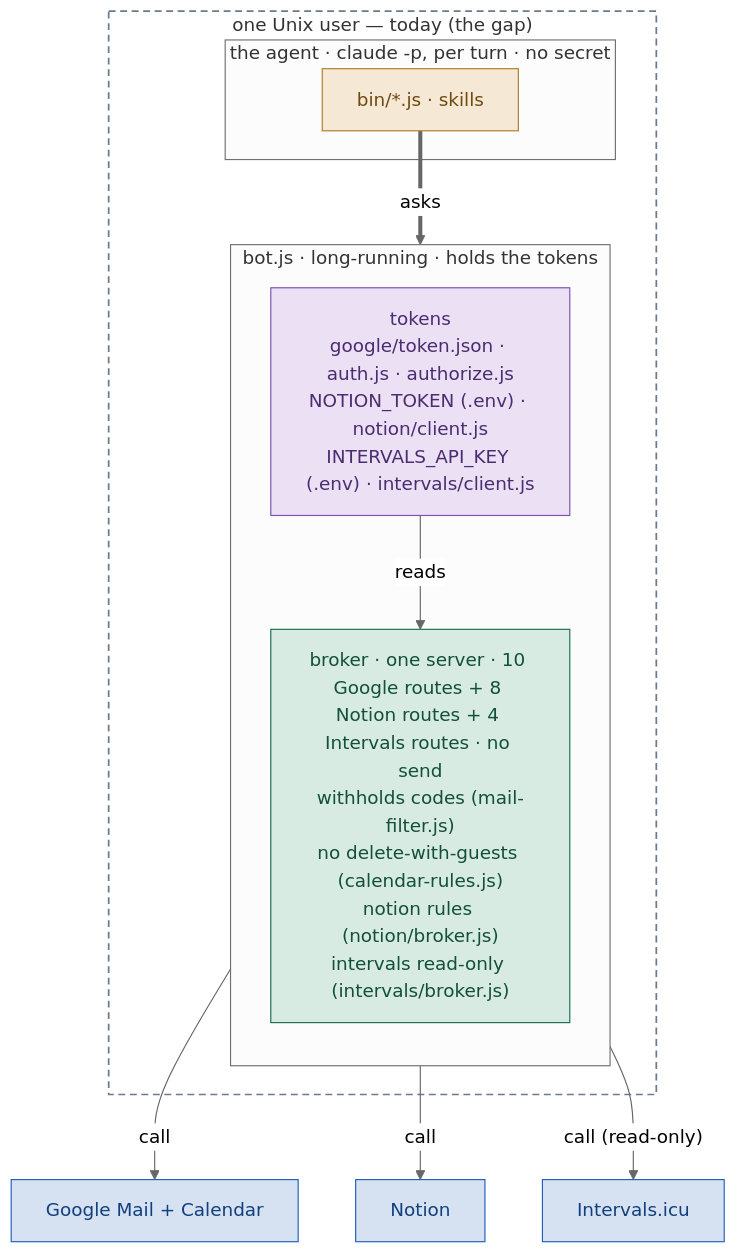
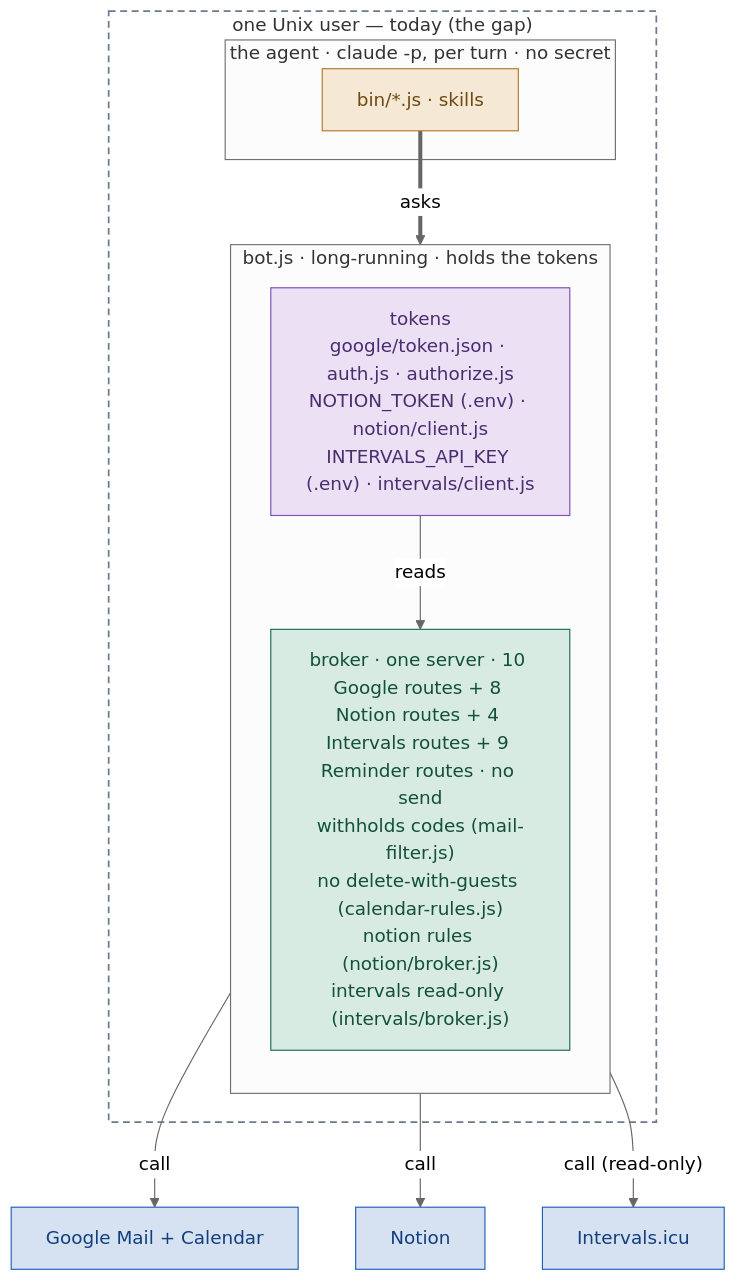
Before and after one commit to KubaJerz/alfred-node: the sixth of 8 diagrams in SYSTEM-MAP.md, drawn with Mermaid (neutral theme). The commit also changed other lines of this file and 33 other files, not shown here.

````diff
--- a/SYSTEM-MAP.md
+++ b/SYSTEM-MAP.md
@@ -503,28 +600,28 @@
 ```mermaid
 flowchart TD
     subgraph HOST["one Unix user — today (the gap)"]
         subgraph BOT["bot.js · long-running · holds the tokens"]
             direction TB
             TOK["tokens<br/>google/token.json · auth.js · authorize.js<br/>NOTION_TOKEN (.env) · notion/client.js<br/>INTERVALS_API_KEY (.env) · intervals/client.js"]
-            BR["broker · one server · 10 Google routes + 8 Notion routes + 4 Intervals routes · no send<br/>withholds codes (mail-filter.js)<br/>no delete-with-guests (calendar-rules.js)<br/>notion rules (notion/broker.js)<br/>intervals read-only (intervals/broker.js)"]
+            BR["broker · one server · 10 Google routes + 8 Notion routes + 4 Intervals routes + 9 Reminder routes · no send<br/>withholds codes (mail-filter.js)<br/>no delete-with-guests (calendar-rules.js)<br/>notion rules (notion/broker.js)<br/>intervals read-only (intervals/broker.js)"]
             TOK -->|"reads"| BR
         end
         subgraph AG["the agent · claude -p, per turn · no secret"]
             CLI["bin/*.js · skills"]
         end
         CLI ==>|"asks"| BR
     end
     BR -->|"call"| G["Google Mail + Calendar"]
     BR -->|"call"| N["Notion"]
     BR -->|"call (read-only)"| I["Intervals.icu"]
     classDef gateway fill:#d8ebe2,stroke:#1b6b52,color:#12503c
     classDef external fill:#d6e2f2,stroke:#1f5fb8,color:#123f7d
     classDef secret fill:#ece0f5,stroke:#7a4fb0,color:#4a2d70
     classDef agent fill:#f5e8d5,stroke:#b07a2a,color:#6e4a12
     classDef gapbox fill:none,stroke:#6b7a8c,stroke-width:1.5px,stroke-dasharray:6 4
     class BR gateway
     class G,N,I external
     class TOK secret
     class CLI agent
     class HOST gapbox
 ```
````
